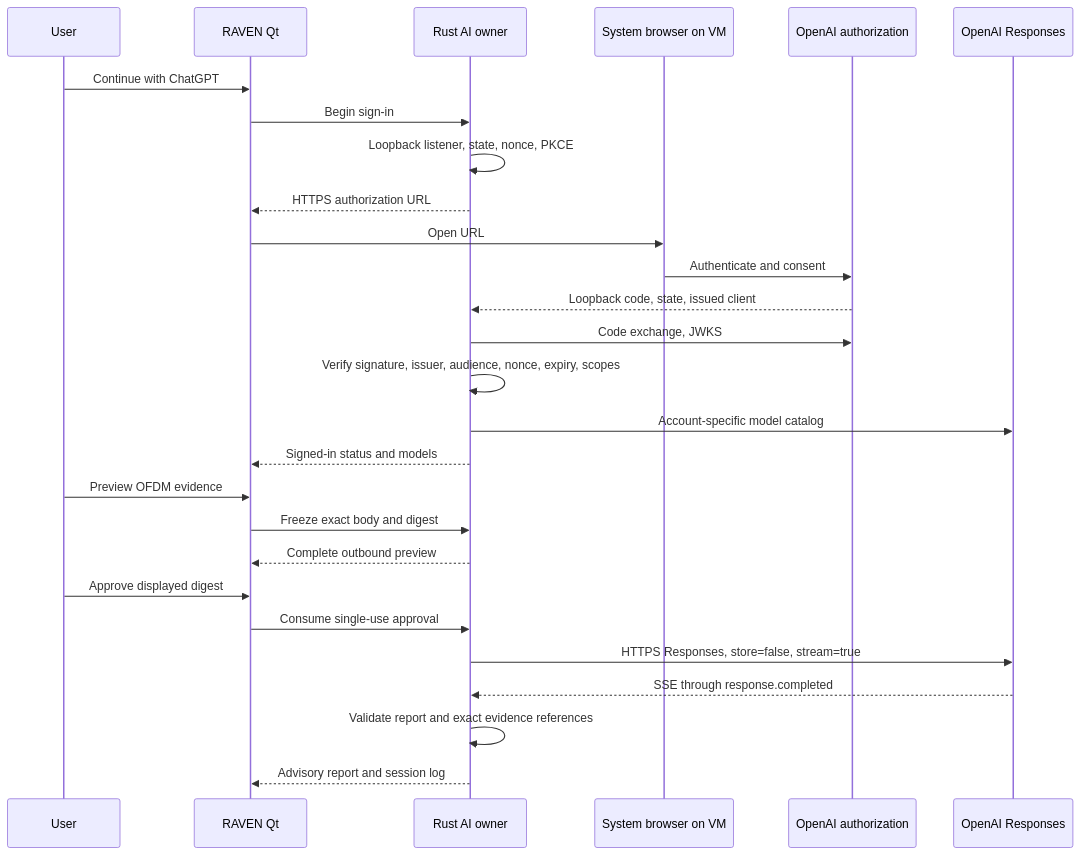
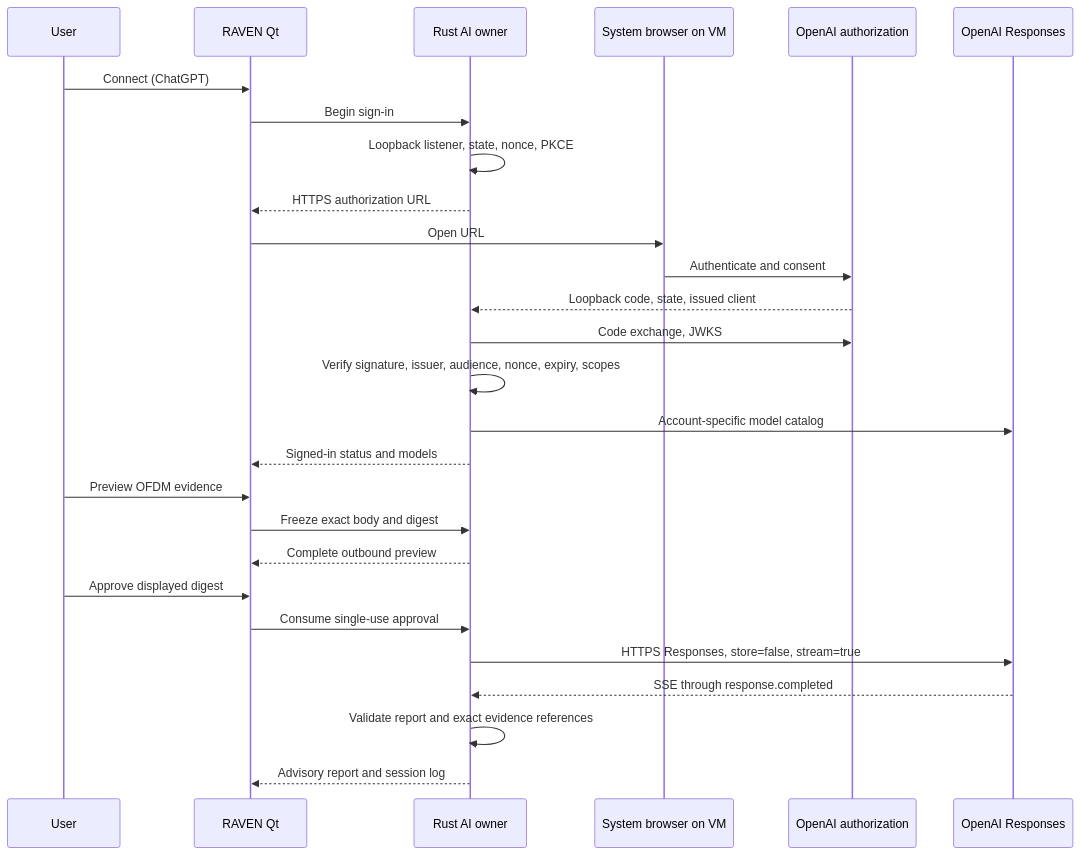
The second of 2 diagrams in docs/development/ai-assistance.md (PyPNMApps/raven), drawn with Mermaid before and after one commit. The commit also changed other lines of this file and 17 other files, not shown here.

````diff
--- a/docs/development/ai-assistance.md
+++ b/docs/development/ai-assistance.md
@@ -151,29 +151,29 @@
 ```mermaid
 sequenceDiagram
     participant User
     participant Qt as RAVEN Qt
     participant Rust as Rust AI owner
     participant Browser as System browser on VM
     participant Auth as OpenAI authorization
     participant API as OpenAI Responses
-    User->>Qt: Continue with ChatGPT
+    User->>Qt: Connect (ChatGPT)
     Qt->>Rust: Begin sign-in
     Rust->>Rust: Loopback listener, state, nonce, PKCE
     Rust-->>Qt: HTTPS authorization URL
     Qt->>Browser: Open URL
     Browser->>Auth: Authenticate and consent
     Auth-->>Rust: Loopback code, state, issued client
     Rust->>Auth: Code exchange, JWKS
     Rust->>Rust: Verify signature, issuer, audience, nonce, expiry, scopes
     Rust->>API: Account-specific model catalog
     Rust-->>Qt: Signed-in status and models
     User->>Qt: Preview OFDM evidence
     Qt->>Rust: Freeze exact body and digest
     Rust-->>Qt: Complete outbound preview
     User->>Qt: Approve displayed digest
     Qt->>Rust: Consume single-use approval
     Rust->>API: HTTPS Responses, store=false, stream=true
     API-->>Rust: SSE through response.completed
     Rust->>Rust: Validate report and exact evidence references
     Rust-->>Qt: Advisory report and session log
 ```
````
